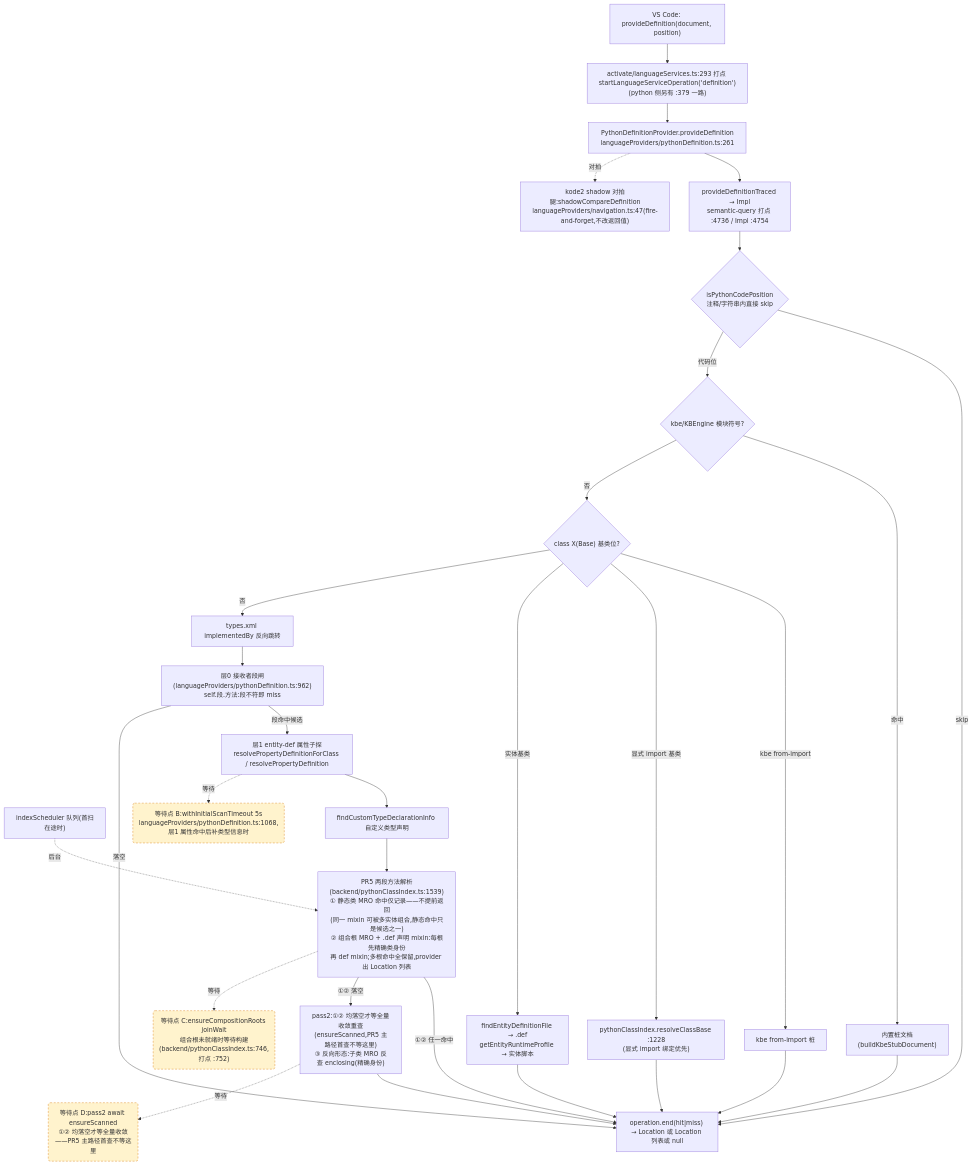
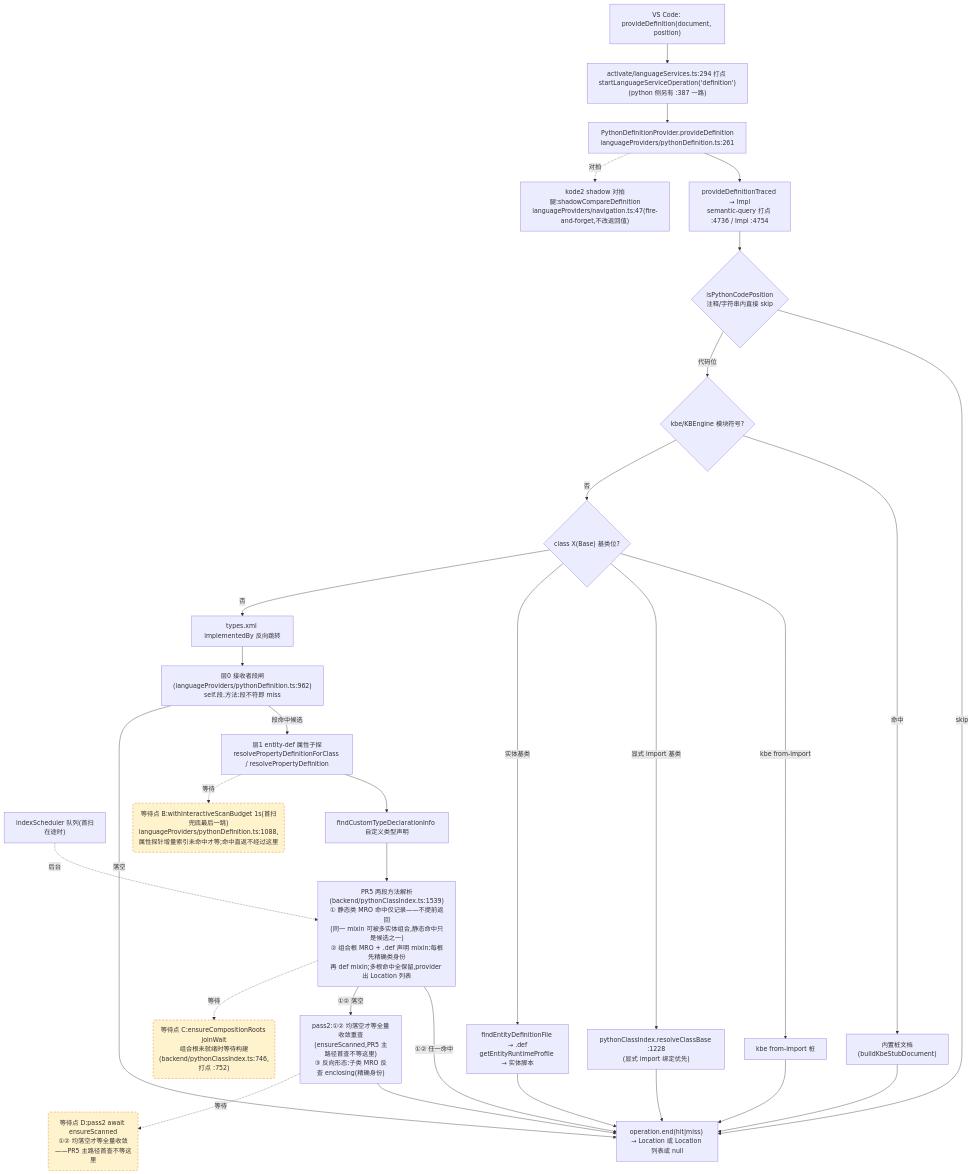
The second of 4 diagrams in docs/perf/2026-baseline.md (cuihairu/kode), drawn with Mermaid before and after one commit. The commit also changed other lines of this file and 6 other files, not shown here.

````diff
--- a/docs/perf/2026-baseline.md
+++ b/docs/perf/2026-baseline.md
@@ -148,51 +148,51 @@
 ```mermaid
 flowchart TD
   VC2["VS Code: provideDefinition(document, position)"]
-  M2["activate/languageServices.ts:293 打点 startLanguageServiceOperation('definition')<br/>(python 侧另有 :379 一路)"]
+  M2["activate/languageServices.ts:294 打点 startLanguageServiceOperation('definition')<br/>(python 侧另有 :387 一路)"]
   AD2["PythonDefinitionProvider.provideDefinition<br/>languageProviders/pythonDefinition.ts:261"]
   TR["provideDefinitionTraced → Impl<br/>semantic-query 打点 :4736 / Impl :4754"]
   CTX{"isPythonCodePosition<br/>注释/字符串内直接 skip"}
   KBE{"kbe/KBEngine 模块符号?"}
   STUB["内置桩文档(buildKbeStubDocument)"]
   CB{"class X(Base) 基类位?"}
   CB1["kbe from-import 桩"]
   CB2["pythonClassIndex.resolveClassBase :1228<br/>(显式 import 绑定优先)"]
   CB3["findEntityDefinitionFile → .def<br/>getEntityRuntimeProfile → 实体脚本"]
   REV["types.xml implementedBy 反向跳转"]
   L0["层0 接收者段闸(languageProviders/pythonDefinition.ts:962)<br/>self.段.方法:段不符即 miss"]
   L1["层1 entity-def 属性子探<br/>resolvePropertyDefinitionForClass / resolvePropertyDefinition"]
   SCAN["indexScheduler 队列(首扫在途时)"]
   TY["findCustomTypeDeclarationInfo 自定义类型声明"]
   MRO["PR5 两段方法解析(backend/pythonClassIndex.ts:1539)<br/>① 静态类 MRO 命中仅记录——不提前返回<br/>(同一 mixin 可被多实体组合,静态命中只是候选之一)<br/>② 组合根 MRO + .def 声明 mixin:每根先精确类身份<br/>再 def mixin;多根命中全保留,provider 出 Location 列表"]
   PASS2["pass2:①② 均落空才等全量收敛重查<br/>(ensureScanned,PR5 主路径首查不等这里)<br/>③ 反向形态:子类 MRO 反查 enclosing(精确身份)"]
   SHD["kode2 shadow 对拍腿:shadowCompareDefinition<br/>languageProviders/navigation.ts:47(fire-and-forget,不改返回值)"]
   END2["operation.end(hit|miss) → Location 或 Location 列表或 null"]
 
   VC2 --> M2 --> AD2 --> TR --> CTX
   CTX -- "skip" --> END2
   CTX -- "代码位" --> KBE
   KBE -- "命中" --> STUB --> END2
   KBE -- "否" --> CB
   CB -- "kbe from-import" --> CB1 --> END2
   CB -- "显式 import 基类" --> CB2 --> END2
   CB -- "实体基类" --> CB3 --> END2
   CB -- "否" --> REV --> L0
   L0 -- "段命中候选" --> L1
   L0 -- "落空" --> END2
   L1 --> TY
   TY --> MRO
   MRO -- "①② 任一命中" --> END2
   MRO -- "①② 落空" --> PASS2 --> END2
   AD2 -.->|对拍| SHD
 
-  WAITB("等待点 B:withInitialScanTimeout 5s<br/>languageProviders/pythonDefinition.ts:1068,层1 属性命中后补类型信息时")
+  WAITB("等待点 B:withInteractiveScanBudget 1s(首扫兜底最后一跳)<br/>languageProviders/pythonDefinition.ts:1088,属性探针增量索引未命中才等;命中直返不经过这里")
   WAITC("等待点 C:ensureCompositionRoots joinWait<br/>组合根未就绪时等待构建(backend/pythonClassIndex.ts:746,打点 :752)")
   WAITD("等待点 D:pass2 await ensureScanned<br/>①② 均落空才等全量收敛——PR5 主路径首查不等这里")
   L1 -.->|等待| WAITB
   MRO -.->|等待| WAITC
   PASS2 -.->|等待| WAITD
   SCAN -.->|后台| MRO
 
   classDef waitPoint fill:#fff3cd,stroke:#d97706,stroke-dasharray:5 4;
   class WAITB,WAITC,WAITD waitPoint;
 ```
````
